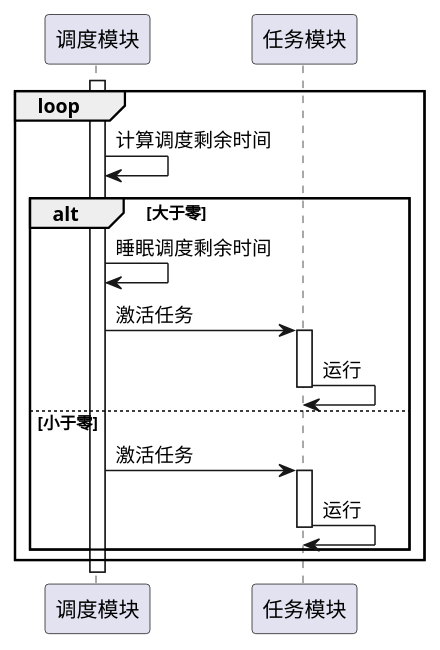
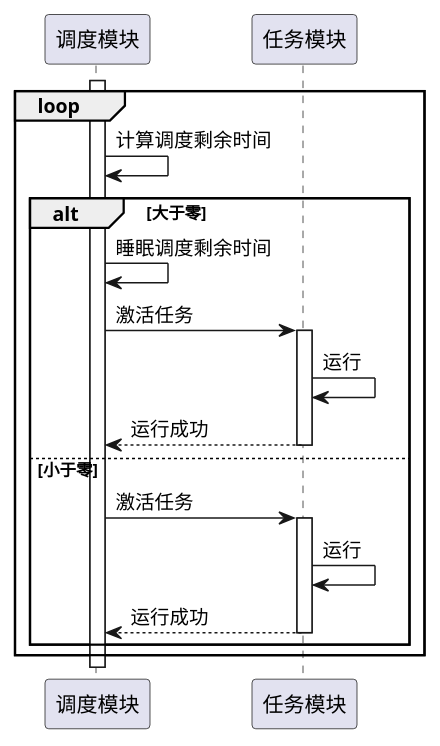
The diagram in uml/time_tick_gaiyao.wsd (woshigerunze/new_paper), drawn with PlantUML before and after one commit. The commit also changed 30 other files, not shown here.

```diff
--- a/uml/time_tick_gaiyao.wsd
+++ b/uml/time_tick_gaiyao.wsd
@@ -1,16 +1,17 @@
 activate 调度模块
 loop
 调度模块 -> 调度模块 : 计算调度剩余时间
 alt 大于零
 调度模块 -> 调度模块 : 睡眠调度剩余时间
 调度模块 -> 任务模块 : 激活任务
 activate 任务模块
 任务模块 -> 任务模块 : 运行
-deactivate 任务模块
+任务模块 --> 调度模块 --: 运行成功
+' deactivate 任务模块
 else 小于零
 调度模块 -> 任务模块 : 激活任务
 activate 任务模块
 任务模块 -> 任务模块 : 运行
-deactivate 任务模块
+任务模块 --> 调度模块 --: 运行成功
 end
 end
```
